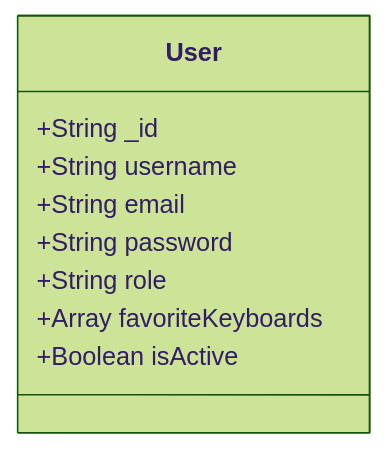
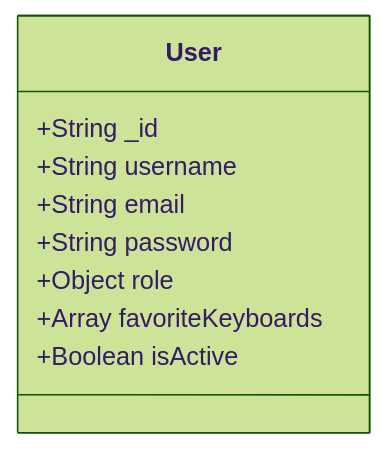
The diagram in docs/user.md (Vlastrix/keytastic_backend), drawn with Mermaid (forest theme) before and after one commit. The commit also changed other lines of this file and 3 other files, not shown here.

Commit message:
modifications to the flows

````diff
--- a/docs/user.md
+++ b/docs/user.md
@@ -2,12 +2,12 @@
 ```mermaid
 classDiagram
     class User {
         +String _id  
         +String username
         +String email
         +String password
-        +String role
+        +Object role
         +Array<String> favoriteKeyboards
         +Boolean isActive
     }
 ```
````
